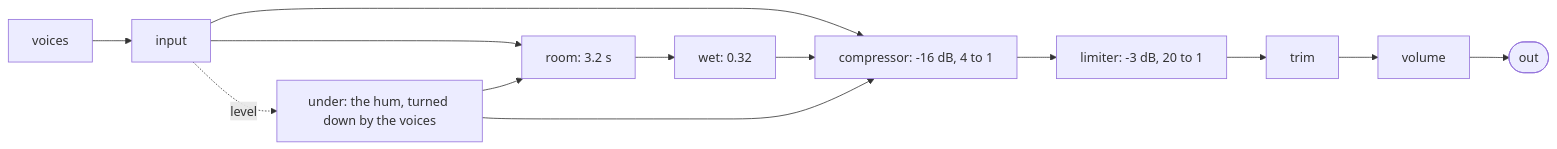
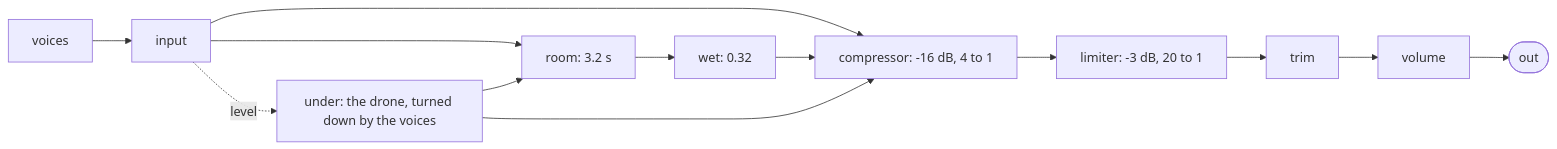
Before and after one commit to alalamav/khipu: the second of 3 diagrams in docs/sound.md, drawn with Mermaid. The commit also changed other lines of this file and 9 other files, not shown here.

Commit message:
s/hum/drone

````diff
--- a/docs/sound.md
+++ b/docs/sound.md
@@ -284,10 +284,10 @@
 ```mermaid
 flowchart LR
   V["voices"] --> IN["input"]
   IN --> C["compressor: -16 dB, 4 to 1"]
   IN --> R["room: 3.2 s"] --> W["wet: 0.32"] --> C
-  IN -.->|"level"| U["under: the hum, turned down by the voices"]
+  IN -.->|"level"| U["under: the drone, turned down by the voices"]
   U --> C
   U --> R
   C --> L["limiter: -3 dB, 20 to 1"] --> T["trim"] --> M["volume"] --> O(["out"])
 ```
````
